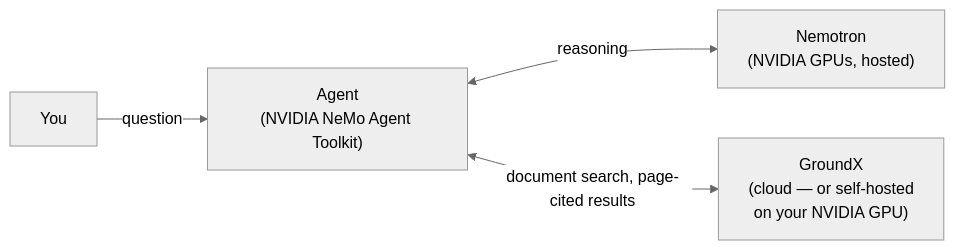
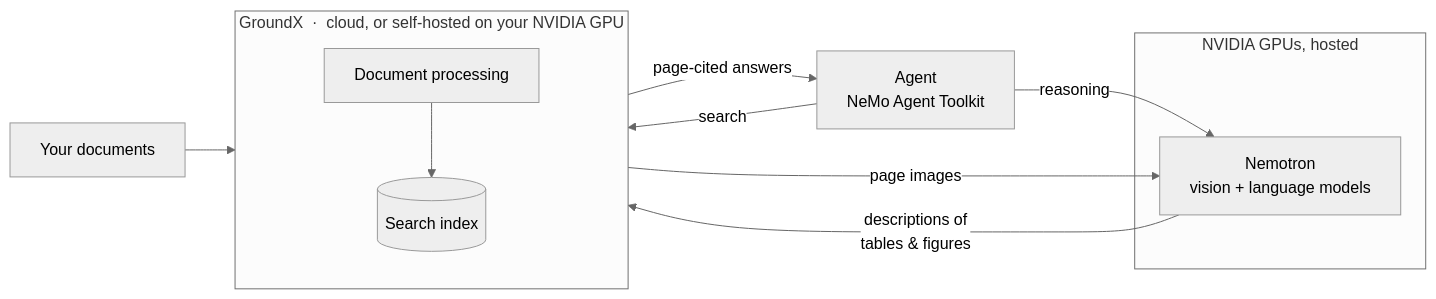
The diagram in README.md (EyeLevel-ai/groundx-nvidia-quickstart), drawn with Mermaid (neutral theme) before and after one commit. The commit also changed other lines of this file, not shown here.

Commit message:
Architecture diagram shows GroundX's own use of Nemotron for page reading

````diff
--- a/README.md
+++ b/README.md
@@ -5,9 +7,18 @@
 ```mermaid
 flowchart LR
-    A["Agent<br/>(NVIDIA NeMo Agent Toolkit)"]
-    N["Nemotron<br/>(NVIDIA GPUs, hosted)"]
-    G["GroundX<br/>(cloud — or self-hosted<br/>on your NVIDIA GPU)"]
-    U["You"] -->|question| A
-    A <-->|reasoning| N
-    A <-->|document search, page-cited results| G
+    subgraph GX["GroundX &nbsp;·&nbsp; cloud, or self-hosted on your NVIDIA GPU"]
+        direction TB
+        ING["Document processing"]
+        IDX[("Search index")]
+        ING --> IDX
+    end
+    subgraph NV["NVIDIA GPUs, hosted"]
+        NEMO["Nemotron<br/>vision + language models"]
+    end
+    DOCS["Your documents"] --> ING
+    ING -- "page images" --> NEMO
+    NEMO -- "descriptions of<br/>tables & figures" --> ING
+    AGENT["Agent<br/>NeMo Agent Toolkit"] -- "reasoning" --> NEMO
+    AGENT -- "search" --> IDX
+    IDX -- "page-cited answers" --> AGENT
 ```
````
